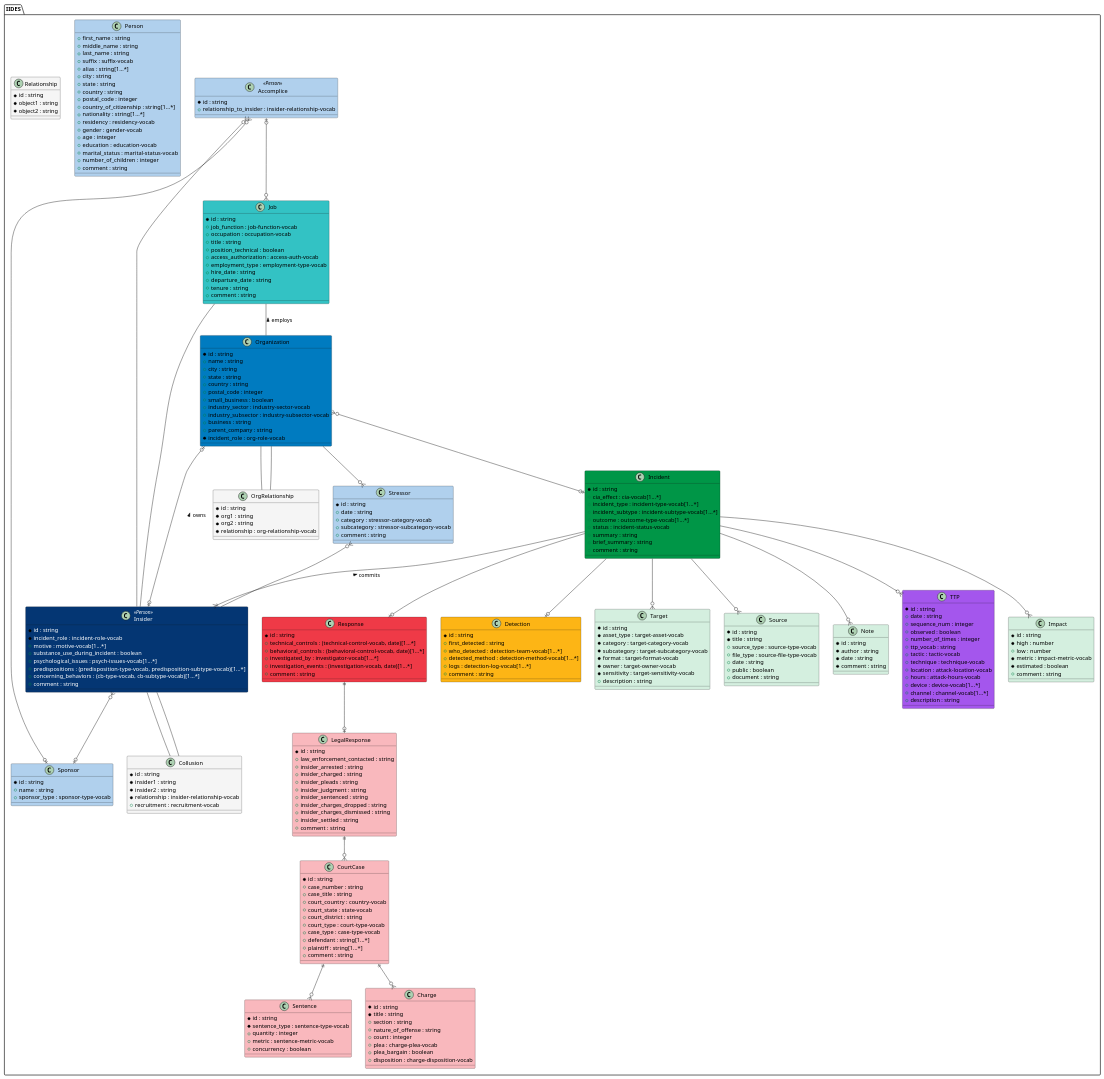
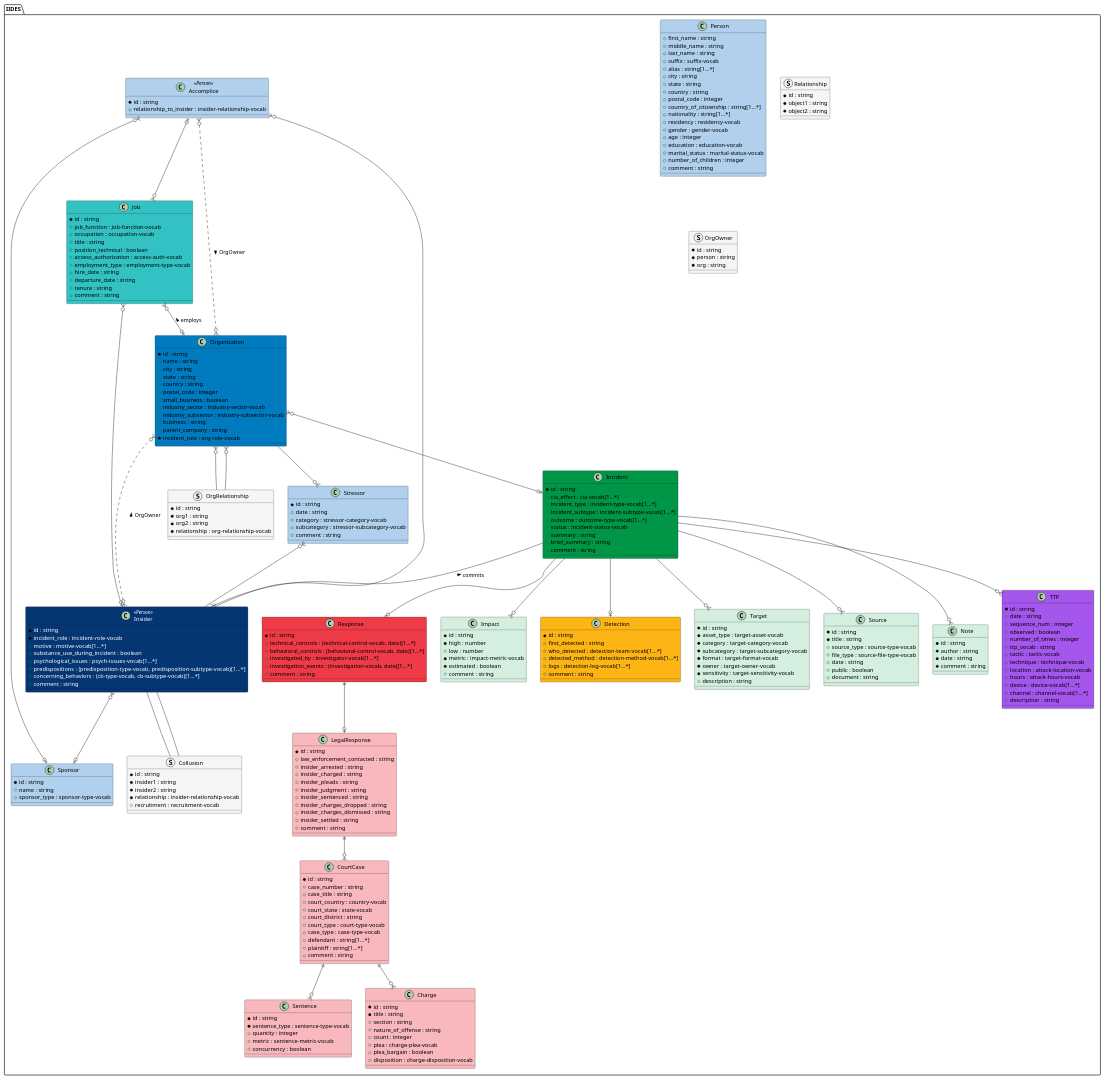
Before and after one commit to cmu-sei/iides: the diagram in UML/source/iides.wsd, drawn with PlantUML. The commit also changed 9 other files, not shown here.

Commit message:
Add owner relationship

```diff
--- a/UML/source/iides.wsd
+++ b/UML/source/iides.wsd
@@ -193,18 +193,23 @@
 	+ logs : detection-log-vocab[1...*] 
 	+ comment : string 
 }
-class OrgRelationship #F5F5F5 {
+struct OrgRelationship #F5F5F5 {
 	* id : string 
 	* org1 : string 
 	* org2 : string 
 	* relationship : org-relationship-vocab 
 }
-class Relationship #F5F5F5 {
+struct Relationship #F5F5F5 {
 	* id : string 
 	* object1 : string 
 	* object2 : string 
 }
-class Collusion #F5F5F5 {
+struct OrgOwner #F5F5F5 {
+	* id : string 
+	* person : string 
+	* org : string 
+}
+struct Collusion #F5F5F5 {
 	* id : string 
 	* insider1 : string 
 	* insider2 : string 
@@ -215,14 +220,15 @@
     Insider --o{ Accomplice
     Incident --|{ Insider : commits <
     Accomplice |o--o{ Job
-    Job -- Organization : employs <
-    Insider -- Job
+    Job }o--o| Organization : employs <
+    Insider |o--o{ Job
     Organization }o--o| Incident
-    Organization -- OrgRelationship
-    OrgRelationship -- Organization
+    Organization }o-- OrgRelationship
+    OrgRelationship --o{ Organization
     Insider }o--o| Sponsor
     Accomplice }o--o| Sponsor
-    Insider |o--o| Organization : owns >
+    Insider }o..o{ Organization : OrgOwner >
+    Accomplice }o..o{ Organization : OrgOwner >
     Insider -- Collusion
     Collusion -- Insider
     Incident --o{ Impact
```
